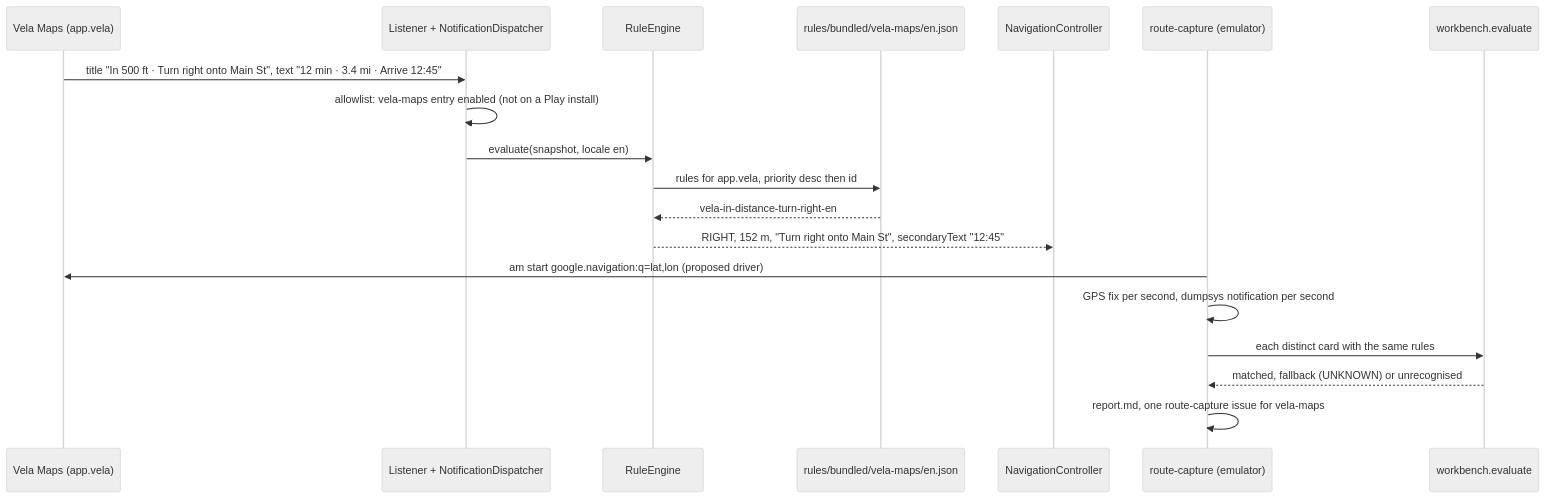
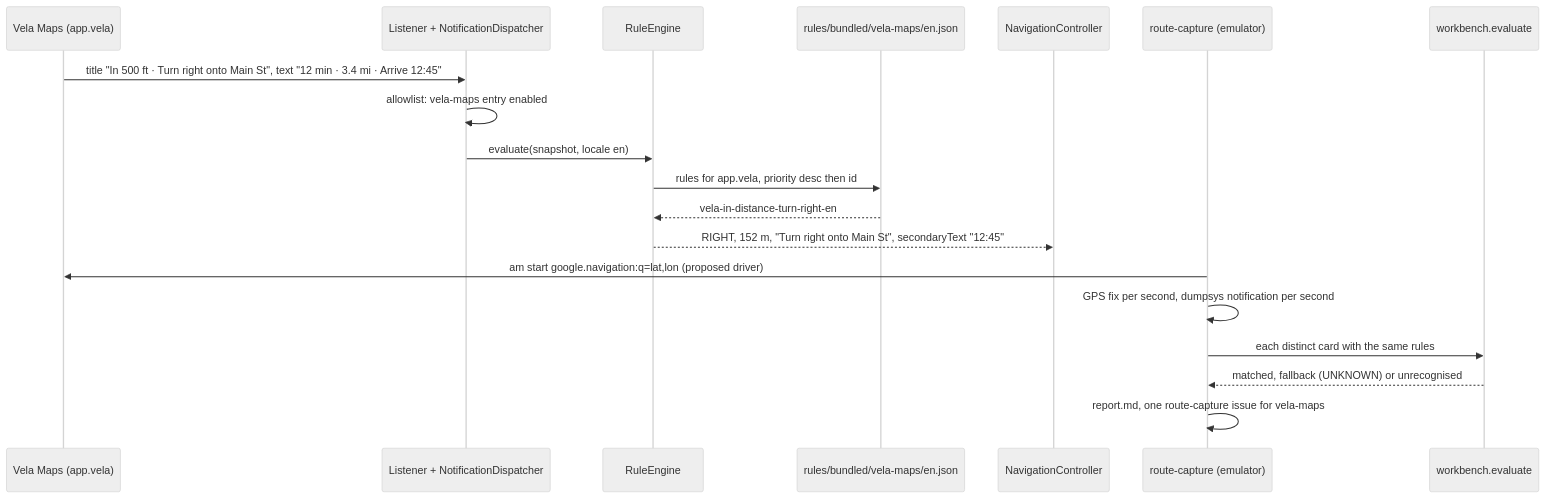
One commit to optio/PebbleNTN changed the fourth of 12 diagrams in aidlc/spaces/default/codekb/PebbleNTN/architecture.md. Above: the diagram before and after it, drawn with Mermaid (neutral theme). The commit also changed other lines of this file and 101 other files, not shown here.

````diff
--- a/aidlc/spaces/default/codekb/PebbleNTN/architecture.md
+++ b/aidlc/spaces/default/codekb/PebbleNTN/architecture.md
@@ -115,21 +162,21 @@
 ```mermaid
 sequenceDiagram
   participant V as Vela Maps (app.vela)
   participant L as Listener + NotificationDispatcher
   participant E as RuleEngine
   participant R as rules/bundled/vela-maps/en.json
   participant C as NavigationController
   participant RC as route-capture (emulator)
   participant WB as workbench.evaluate
   V->>L: title "In 500 ft · Turn right onto Main St", text "12 min · 3.4 mi · Arrive 12:45"
-  L->>L: allowlist: vela-maps entry enabled (not on a Play install)
+  L->>L: allowlist: vela-maps entry enabled
   L->>E: evaluate(snapshot, locale en)
   E->>R: rules for app.vela, priority desc then id
   R-->>E: vela-in-distance-turn-right-en
   E-->>C: RIGHT, 152 m, "Turn right onto Main St", secondaryText "12:45"
   RC->>V: am start google.navigation:q=lat,lon (proposed driver)
   RC->>RC: GPS fix per second, dumpsys notification per second
   RC->>WB: each distinct card with the same rules
   WB-->>RC: matched, fallback (UNKNOWN) or unrecognised
   RC->>RC: report.md, one route-capture issue for vela-maps
 ```
````
